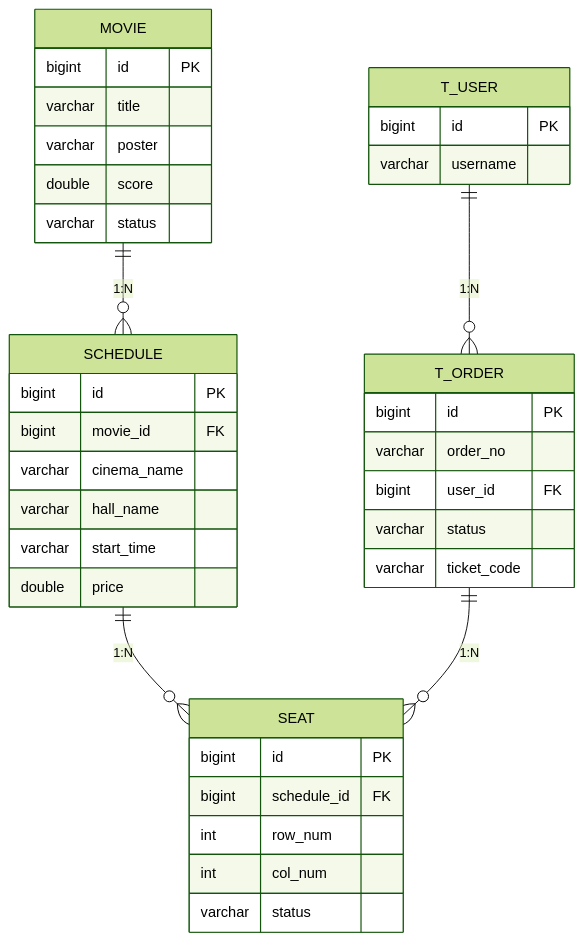
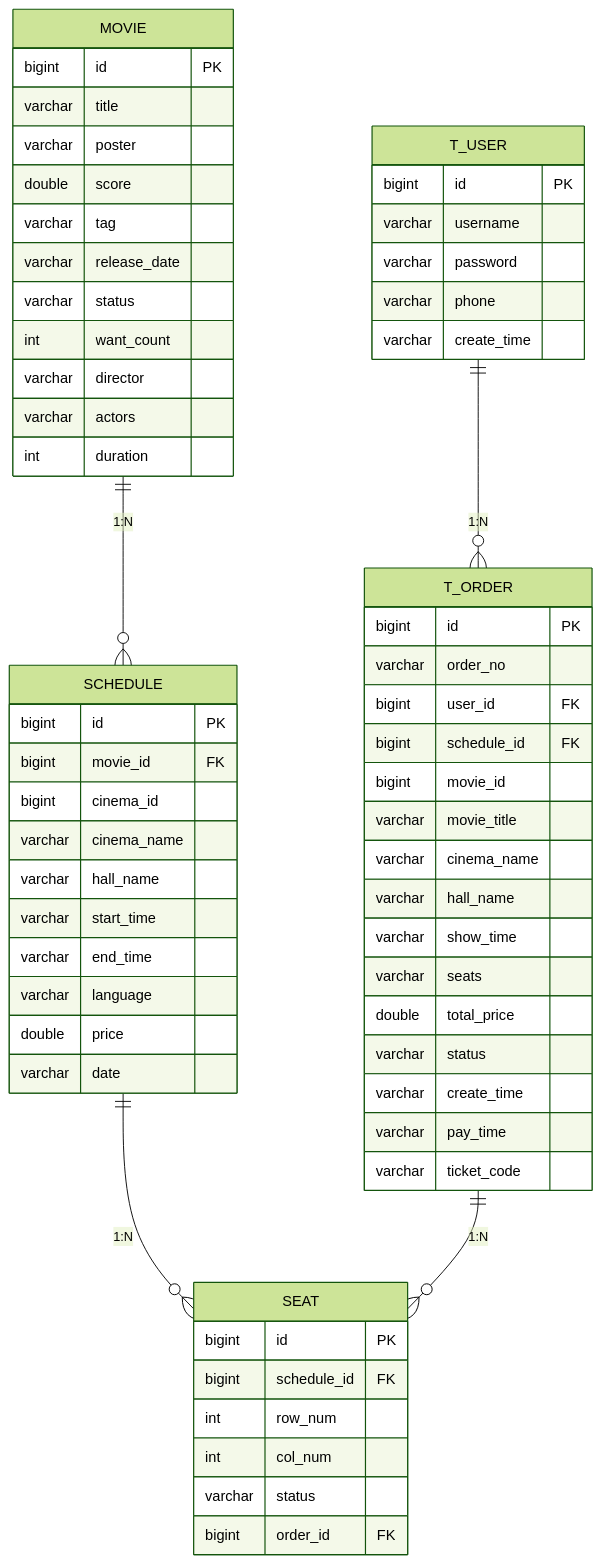
The second of 4 diagrams in README.md (xiekun0322/Movie-Theater-Ticketing-Management-System), drawn with Mermaid (forest theme) before and after one commit. The commit also changed other lines of this file, not shown here.

````diff
--- a/README.md
+++ b/README.md
@@ -162,41 +88,69 @@
 ```mermaid
 erDiagram
     MOVIE ||--o{ SCHEDULE : "1:N"
     SCHEDULE ||--o{ SEAT : "1:N"
     T_USER ||--o{ T_ORDER : "1:N"
     T_ORDER ||--o{ SEAT : "1:N"
     
     MOVIE {
         bigint id PK
         varchar title
         varchar poster
         double score
+        varchar tag
+        varchar release_date
         varchar status
+        int want_count
+        varchar director
+        varchar actors
+        int duration
     }
+    
     SCHEDULE {
         bigint id PK
         bigint movie_id FK
+        bigint cinema_id
         varchar cinema_name
         varchar hall_name
         varchar start_time
+        varchar end_time
+        varchar language
         double price
+        varchar date
     }
+    
     SEAT {
         bigint id PK
         bigint schedule_id FK
         int row_num
         int col_num
         varchar status
+        bigint order_id FK
     }
+    
     T_ORDER {
         bigint id PK
         varchar order_no
         bigint user_id FK
+        bigint schedule_id FK
+        bigint movie_id
+        varchar movie_title
+        varchar cinema_name
+        varchar hall_name
+        varchar show_time
+        varchar seats
+        double total_price
         varchar status
+        varchar create_time
+        varchar pay_time
         varchar ticket_code
     }
+    
     T_USER {
         bigint id PK
         varchar username
+        varchar password
+        varchar phone
+        varchar create_time
     }
 ```
````
